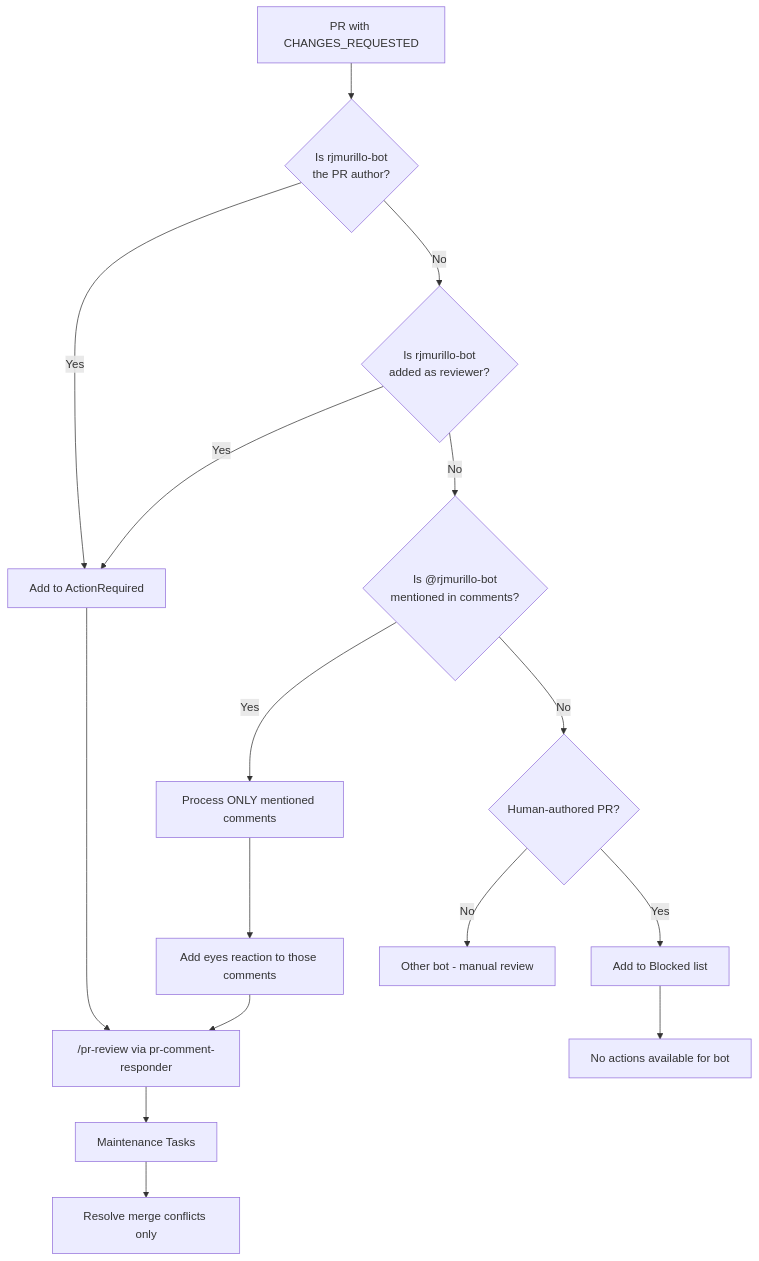
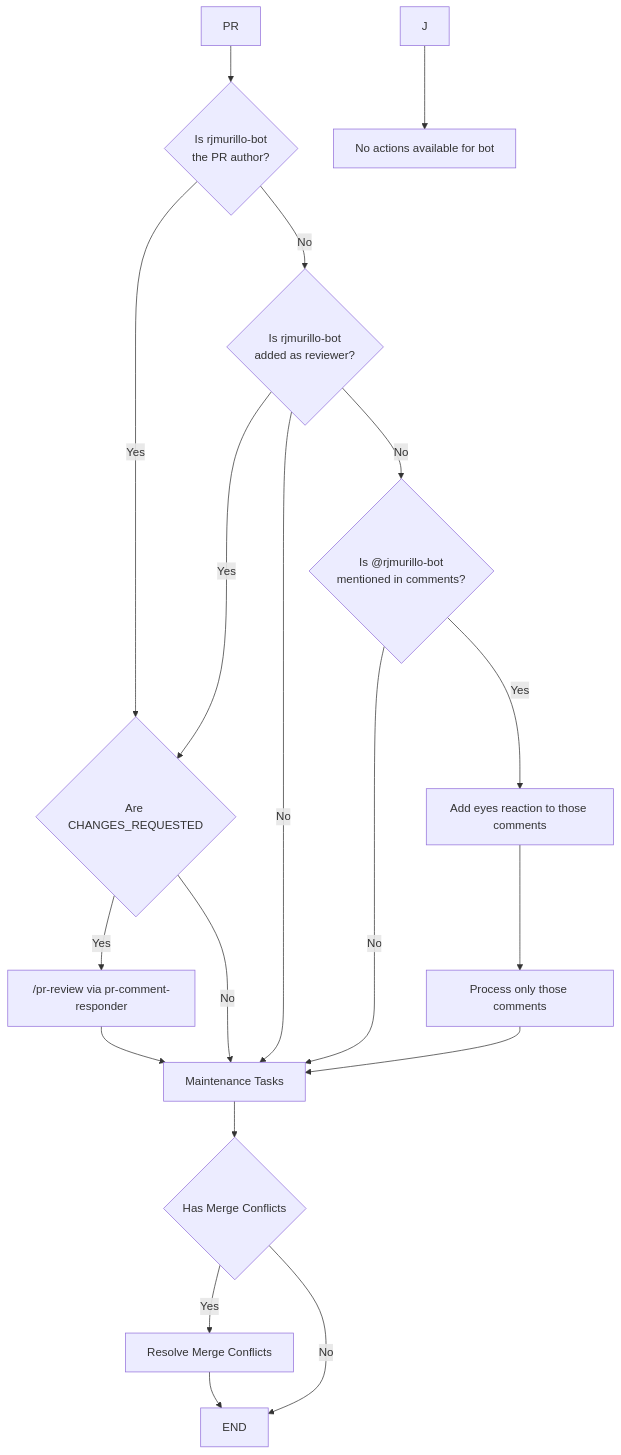
The first of 2 diagrams in .agents/architecture/bot-author-feedback-protocol.md (rjmurillo/ai-agents), drawn with Mermaid before and after one commit.

Commit message:
docs: update workflow

````diff
--- a/.agents/architecture/bot-author-feedback-protocol.md
+++ b/.agents/architecture/bot-author-feedback-protocol.md
@@ -16,27 +16,32 @@
 ```mermaid
 flowchart TD
-    A[PR with CHANGES_REQUESTED] --> B{Is rjmurillo-bot<br/>the PR author?}
+    A[PR] --> B{Is rjmurillo-bot<br/>the PR author?}
 
-    B -->|Yes| C[Add to ActionRequired]
-    C --> D["/pr-review via pr-comment-responder"]
+    B -->|Yes| C{Are CHANGES_REQUESTED}
+    C --> |Yes| D["/pr-review via pr-comment-responder"]
+    C --> |No| M
 
     B -->|No| E{Is rjmurillo-bot<br/>added as reviewer?}
 
     E -->|Yes| C
+    E -->|No| M
 
     E -->|No| F{Is @rjmurillo-bot<br/>mentioned in comments?}
+    F -->|No| M
 
-    F -->|Yes| G[Process ONLY mentioned comments]
-    G --> H[Add eyes reaction to those comments]
-    H --> D
-
-    F -->|No| I{Human-authored PR?}
-
-    I -->|Yes| J[Add to Blocked list]
+    F -->|Yes| G[Add eyes reaction to those comments]
+    G --> H[Process only those comments]
+    H --> M    
+    
     J --> K[No actions available for bot]
 
-    I -->|No| L[Other bot - manual review]
+    D --> M[Maintenance Tasks]
 
-    D --> M[Maintenance Tasks]
-    M --> N[Resolve merge conflicts only]
+    M --> O{Has Merge Conflicts}
+
+
+    O -->|Yes| L[Resolve Merge Conflicts]
+    O -->|No| Z
+
+    L --> Z[END]
 ```
````
